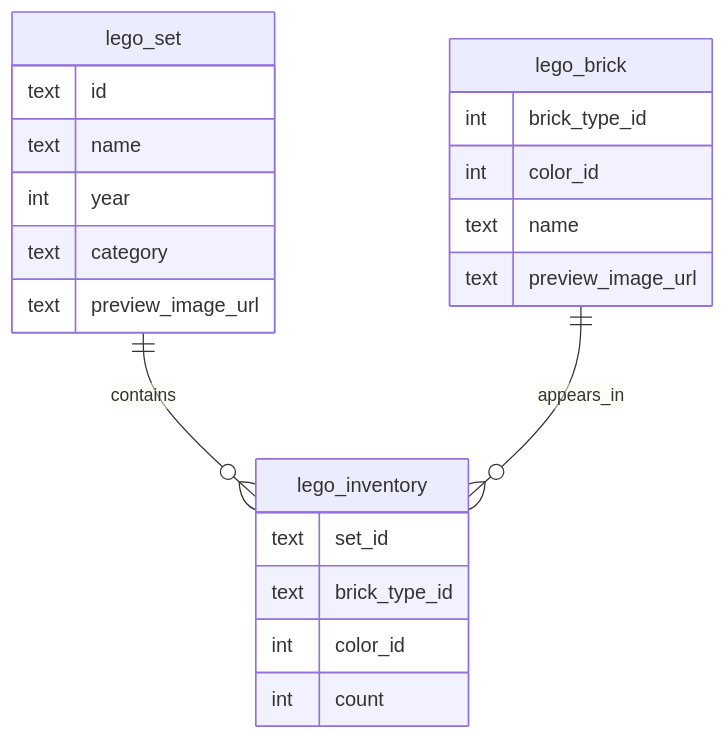
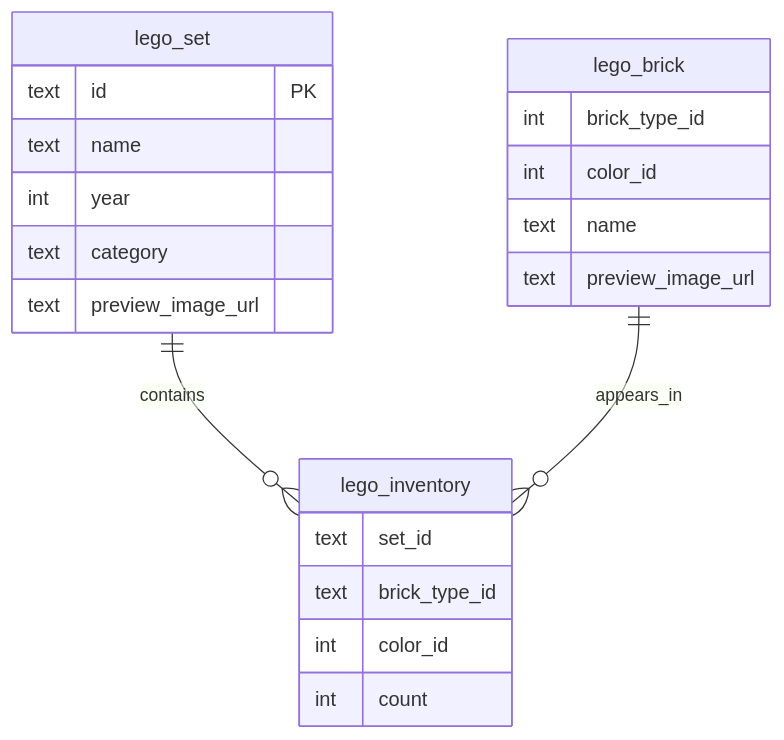
The second of 2 diagrams in report.md (KineKE/dave3606-lego-catalog), drawn with Mermaid before and after one commit. The commit also changed other lines of this file, not shown here.

````diff
--- a/report.md
+++ b/report.md
@@ -60,28 +90,28 @@
 ```mermaid
 erDiagram
   lego_set {
-    text id
+    text id PK
     text name
     int year
     text category
     text preview_image_url
   }
 
   lego_brick {
     int brick_type_id
     int color_id
     text name
     text preview_image_url
   }
 
   lego_inventory {
     text set_id
     text brick_type_id
     int color_id
     int count
   }
 
   lego_set ||--o{ lego_inventory : contains
   lego_brick ||--o{ lego_inventory : appears_in
 
 ```
````
